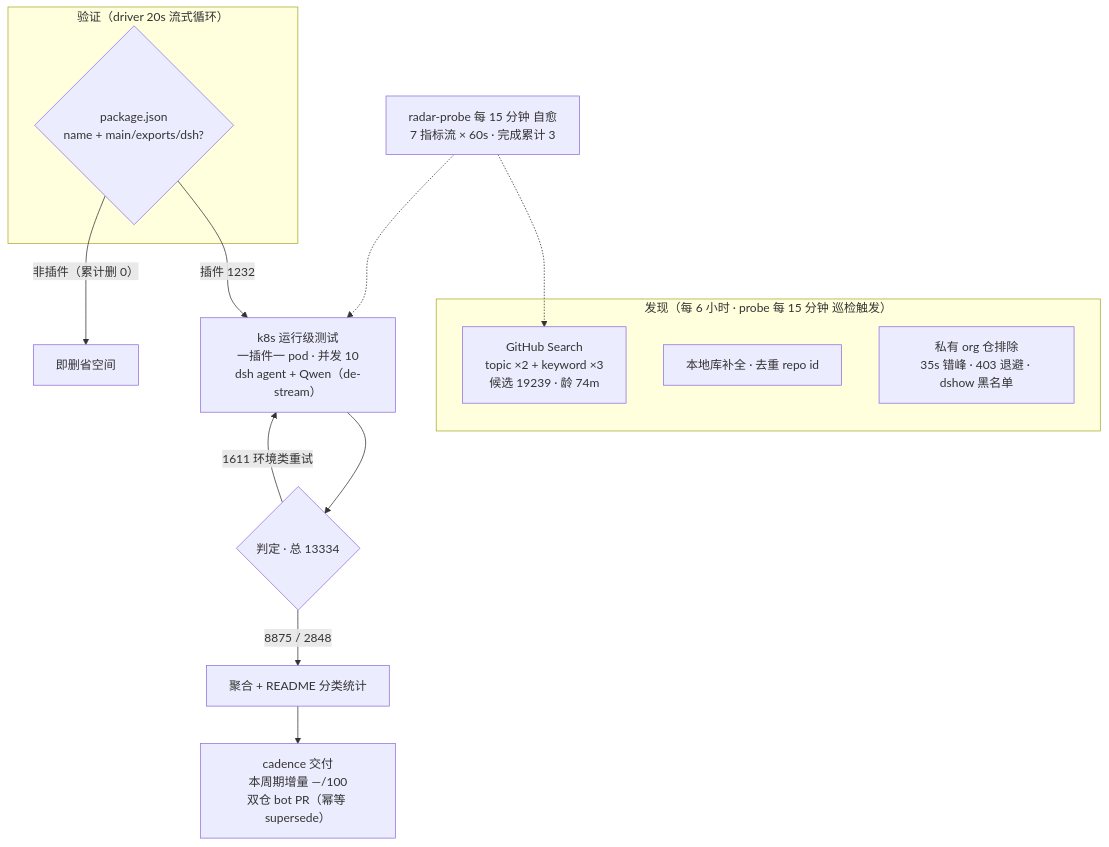
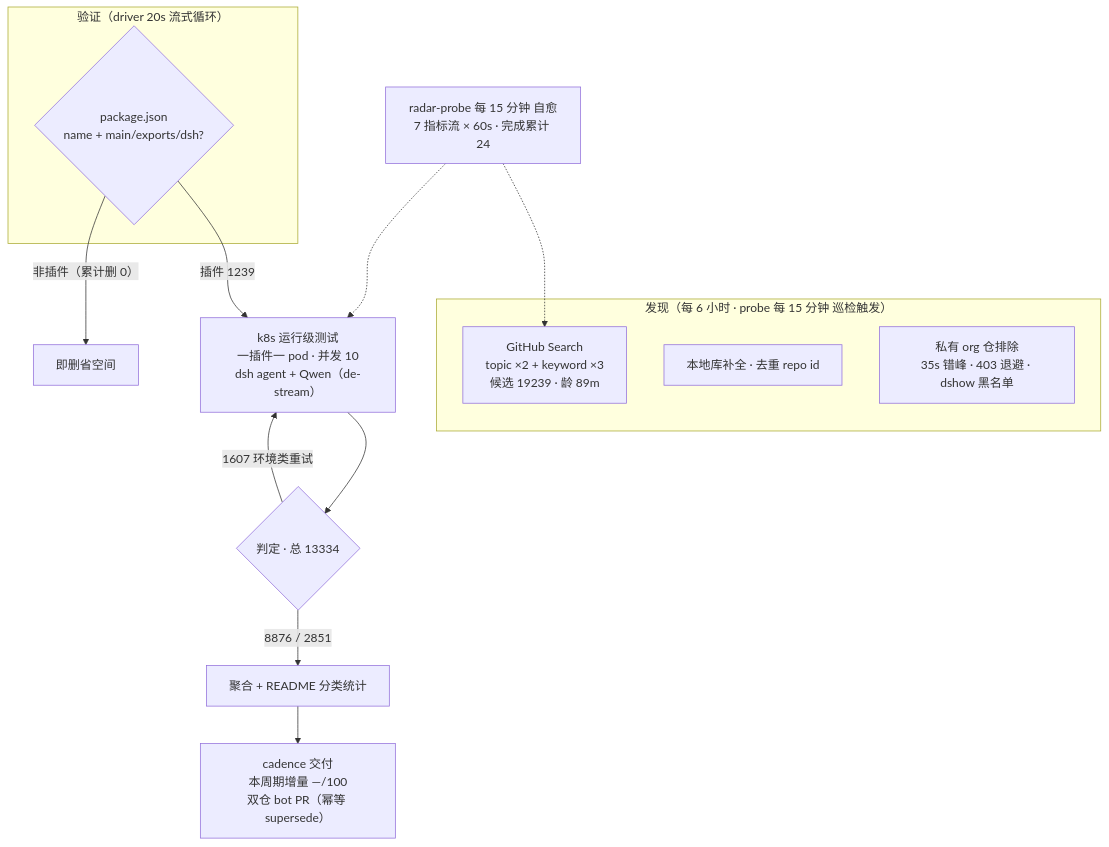
The diagram in README.md (Zhidao-Lab-OSS/awesome-dsh-plugins), drawn with Mermaid before and after one commit. The commit also changed other lines of this file and 1 other file, not shown here.

````diff
--- a/README.md
+++ b/README.md
@@ -57,20 +58,20 @@
 ```mermaid
 flowchart TB
     subgraph Discovery["发现（每 6 小时 · probe 每 15 分钟 巡检触发）"]
-        A1["GitHub Search<br/>topic ×2 + keyword ×3<br/>候选 19239 · 龄 74m"]
+        A1["GitHub Search<br/>topic ×2 + keyword ×3<br/>候选 19239 · 龄 89m"]
         A2["本地库补全 · 去重 repo id"]
         A3["私有 org 仓排除<br/>35s 错峰 · 403 退避 · dshow 黑名单"]
     end
     subgraph Validation["验证（driver 20s 流式循环）"]
         B1{"package.json<br/>name + main/exports/dsh?"}
     end
-    B1 -->|"插件 1232"| C1["k8s 运行级测试<br/>一插件一 pod · 并发 10<br/>dsh agent + Qwen（de-stream）"]
+    B1 -->|"插件 1239"| C1["k8s 运行级测试<br/>一插件一 pod · 并发 10<br/>dsh agent + Qwen（de-stream）"]
     B1 -->|"非插件（累计删 0）"| B3["即删省空间"]
     C1 --> D1{"判定 · 总 13334"}
-    D1 -->|"8875 / 2848"| E1["聚合 + README 分类统计"]
-    D1 -->|"1611 环境类重试"| C1
+    D1 -->|"8876 / 2851"| E1["聚合 + README 分类统计"]
+    D1 -->|"1607 环境类重试"| C1
     E1 --> E2["cadence 交付<br/>本周期增量 —/100<br/>双仓 bot PR（幂等 supersede）"]
-    M["radar-probe 每 15 分钟 自愈<br/>7 指标流 × 60s · 完成累计 3"]
+    M["radar-probe 每 15 分钟 自愈<br/>7 指标流 × 60s · 完成累计 24"]
     M -.-> A1
     M -.-> C1
 ```
````
